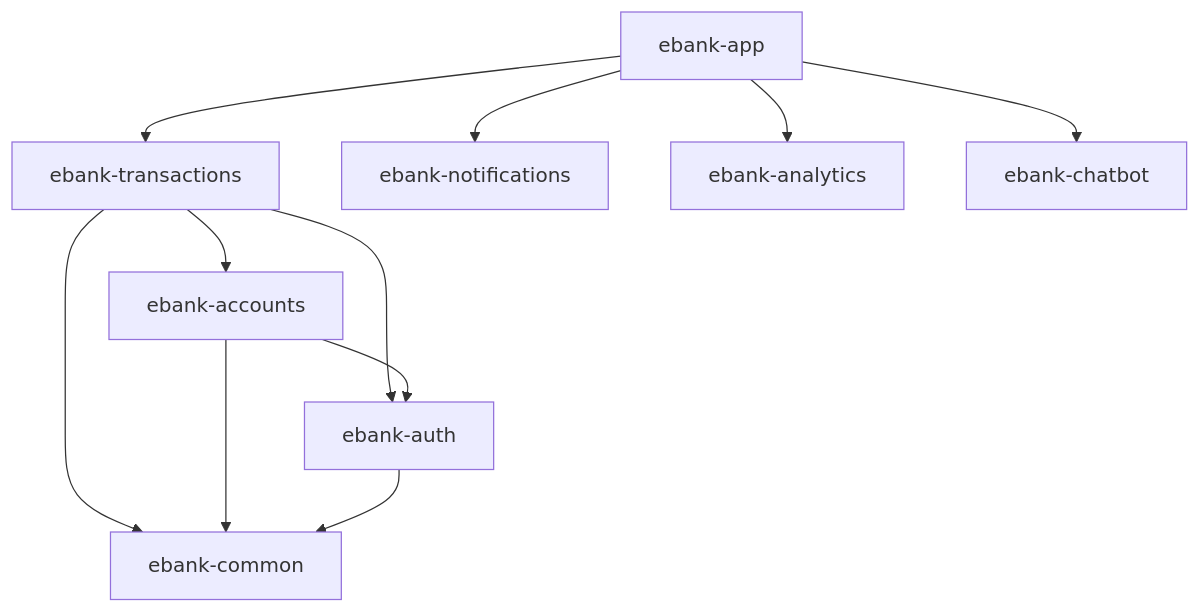
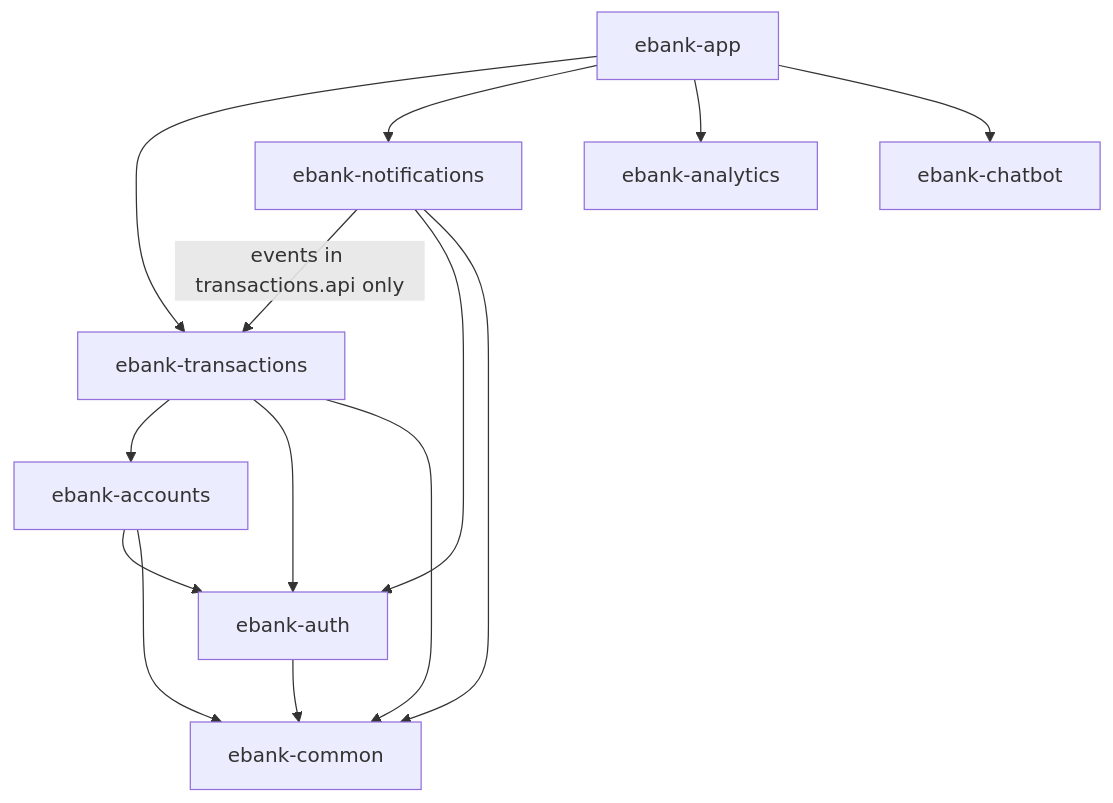
One commit to Samlogy/ebank-app-learn changed the second of 3 diagrams in README.md. Above: the diagram before and after it, drawn with Mermaid. The commit also changed other lines of this file and 78 other files, not shown here.

````diff
--- a/README.md
+++ b/README.md
@@ -86,13 +88,16 @@
 ```mermaid
 flowchart TD
     App[ebank-app] --> Transactions[ebank-transactions]
     App --> Notifications[ebank-notifications]
     App --> Analytics[ebank-analytics]
     App --> Chatbot[ebank-chatbot]
     Transactions --> Accounts[ebank-accounts]
     Transactions --> Auth[ebank-auth]
     Transactions --> Common[ebank-common]
+    Notifications -->|events in transactions.api only| Transactions
+    Notifications --> Auth
+    Notifications --> Common
     Accounts --> Auth
     Accounts --> Common
     Auth --> Common
 ```
````
